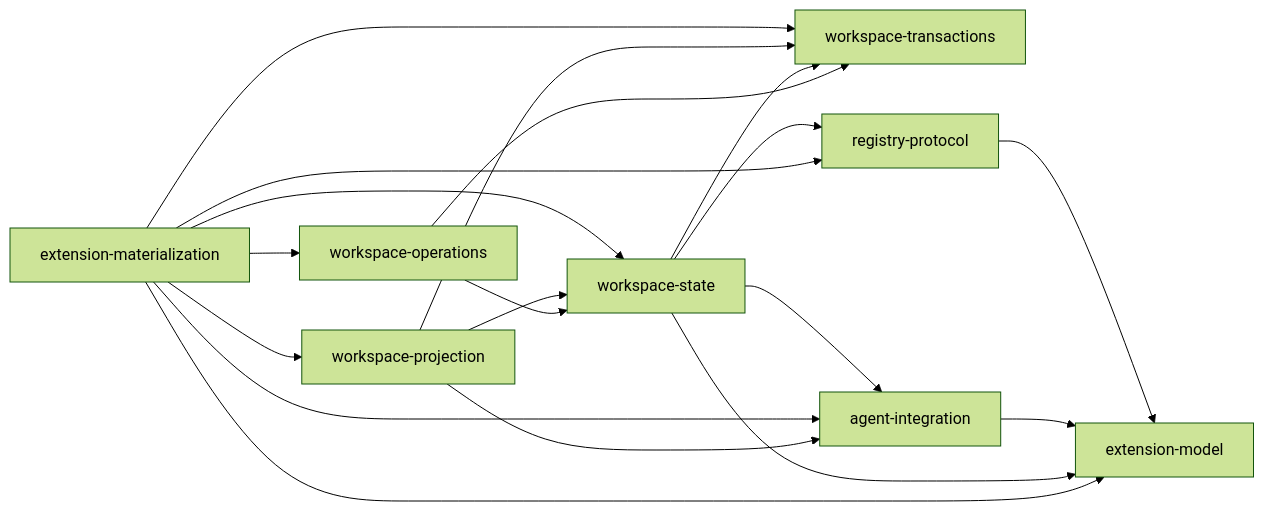
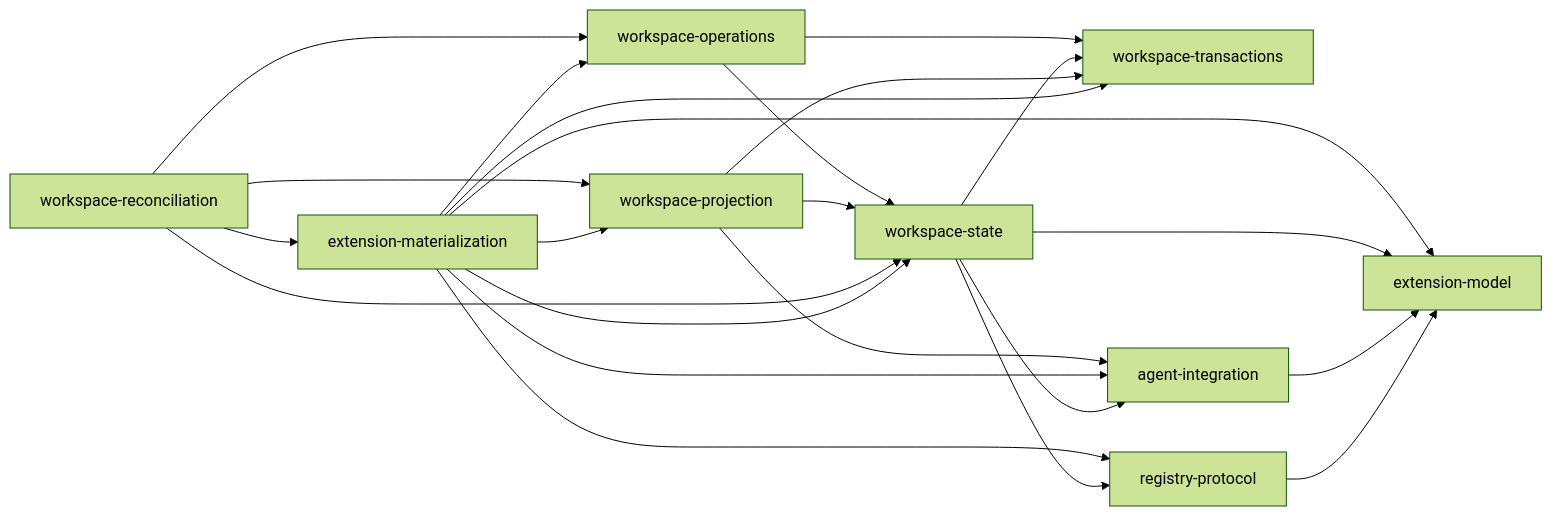
The diagram in docs/architecture/package-architecture.md (agentxm/axm), drawn with Mermaid (forest theme) before and after one commit. The commit also changed other lines of this file and 149 other files, not shown here.

Commit message:
Reconcile extension lifecycle from desired workspace state

````diff
--- a/docs/architecture/package-architecture.md
+++ b/docs/architecture/package-architecture.md
@@ -141,21 +149,25 @@
 ```mermaid
 flowchart LR
   OPERATIONS["workspace-operations"] --> STATE["workspace-state"]
   OPERATIONS --> TRANSACTIONS["workspace-transactions"]
   STATE --> TRANSACTIONS
   PROJECTION["workspace-projection"] --> STATE
   PROJECTION --> TRANSACTIONS
   PROJECTION --> AGENT_INTEGRATION["agent-integration"]
-  MATERIALIZATION["extension-materialization"] --> PROJECTION
+  RECONCILIATION["workspace-reconciliation"] --> MATERIALIZATION["extension-materialization"]
+  RECONCILIATION --> OPERATIONS
+  RECONCILIATION --> STATE
+  RECONCILIATION --> PROJECTION
+  MATERIALIZATION --> PROJECTION
   MATERIALIZATION --> OPERATIONS
   MATERIALIZATION --> STATE
   MATERIALIZATION --> TRANSACTIONS
   MATERIALIZATION --> AGENT_INTEGRATION
   MATERIALIZATION --> PROTOCOL["registry-protocol"]
   MATERIALIZATION --> MODEL["extension-model"]
   STATE --> AGENT_INTEGRATION
   STATE --> PROTOCOL
   STATE --> MODEL
   AGENT_INTEGRATION --> MODEL
   PROTOCOL --> MODEL
 ```
````
